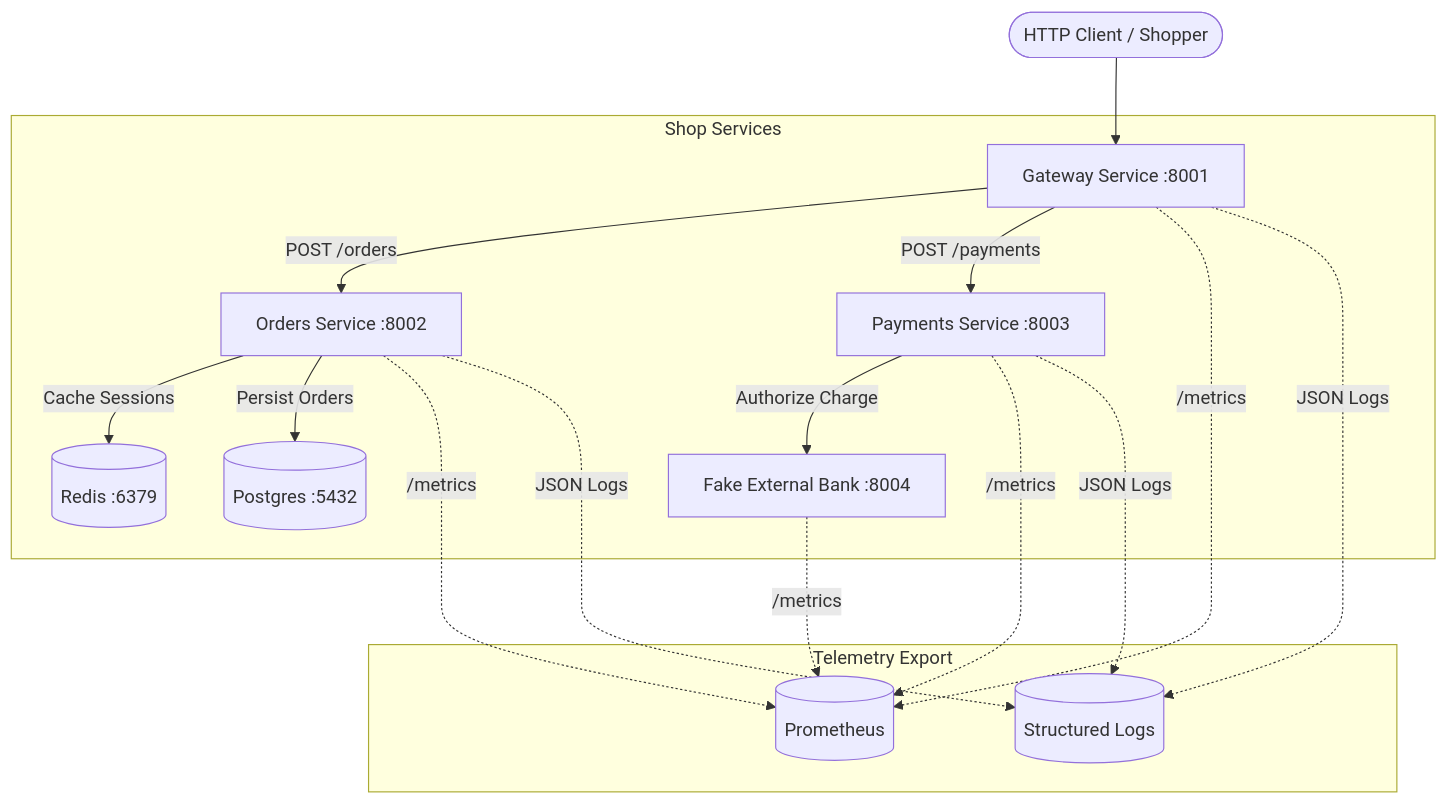
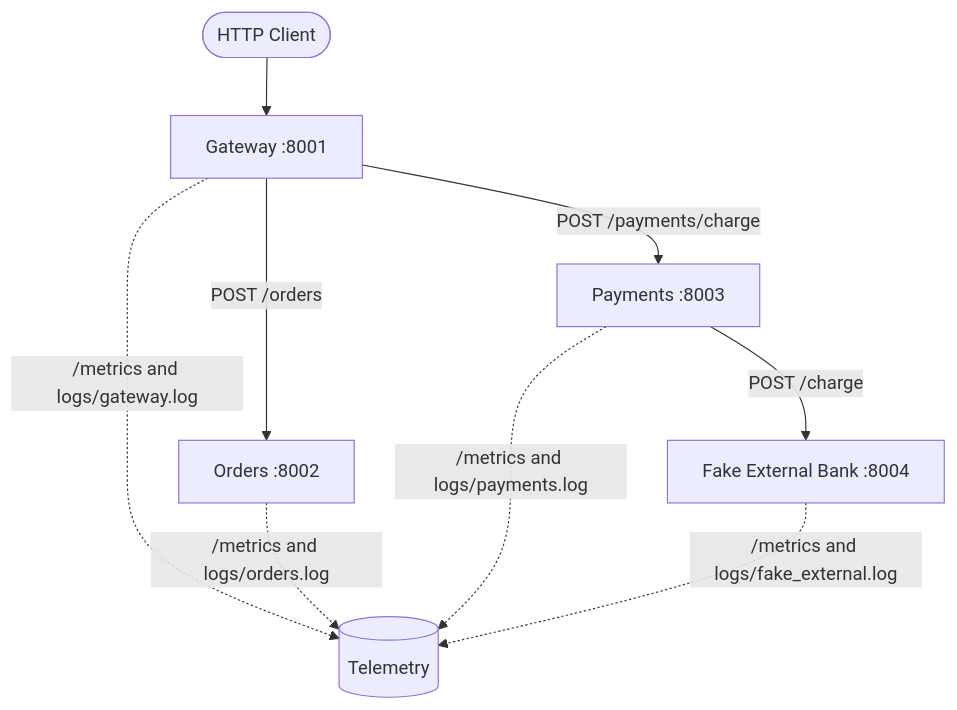
The diagram in shop/README.md (MayankV004/incidentiq), drawn with Mermaid before and after one commit. The commit also changed other lines of this file and 6 other files, not shown here.

````diff
--- a/shop/README.md
+++ b/shop/README.md
@@ -9,22 +11,12 @@
 ```mermaid
 flowchart TD
-  Client([HTTP Client / Shopper]) --> GW[Gateway Service :8001]
+  Client([HTTP Client]) --> GW[Gateway :8001]
+  GW -->|POST /orders| ORD[Orders :8002]
+  GW -->|POST /payments/charge| PAY[Payments :8003]
+  PAY -->|POST /charge| EXT[Fake External Bank :8004]
 
-  subgraph Shop Services
-    GW -->|POST /orders| ORD[Orders Service :8002]
-    GW -->|POST /payments| PAY[Payments Service :8003]
-    ORD -->|Cache Sessions| RD[(Redis :6379)]
-    ORD -->|Persist Orders| PG[(Postgres :5432)]
-    PAY -->|Authorize Charge| EXT[Fake External Bank :8004]
-  end
-
-  subgraph Telemetry Export
-    GW -.->|/metrics| PROM[(Prometheus)]
-    ORD -.->|/metrics| PROM
-    PAY -.->|/metrics| PROM
-    EXT -.->|/metrics| PROM
-    GW -.->|JSON Logs| LOGS[(Structured Logs)]
-    ORD -.->|JSON Logs| LOGS
-    PAY -.->|JSON Logs| LOGS
-  end
+  GW -.->|/metrics and logs/gateway.log| TEL[(Telemetry)]
+  ORD -.->|/metrics and logs/orders.log| TEL
+  PAY -.->|/metrics and logs/payments.log| TEL
+  EXT -.->|/metrics and logs/fake_external.log| TEL
 ```
````
